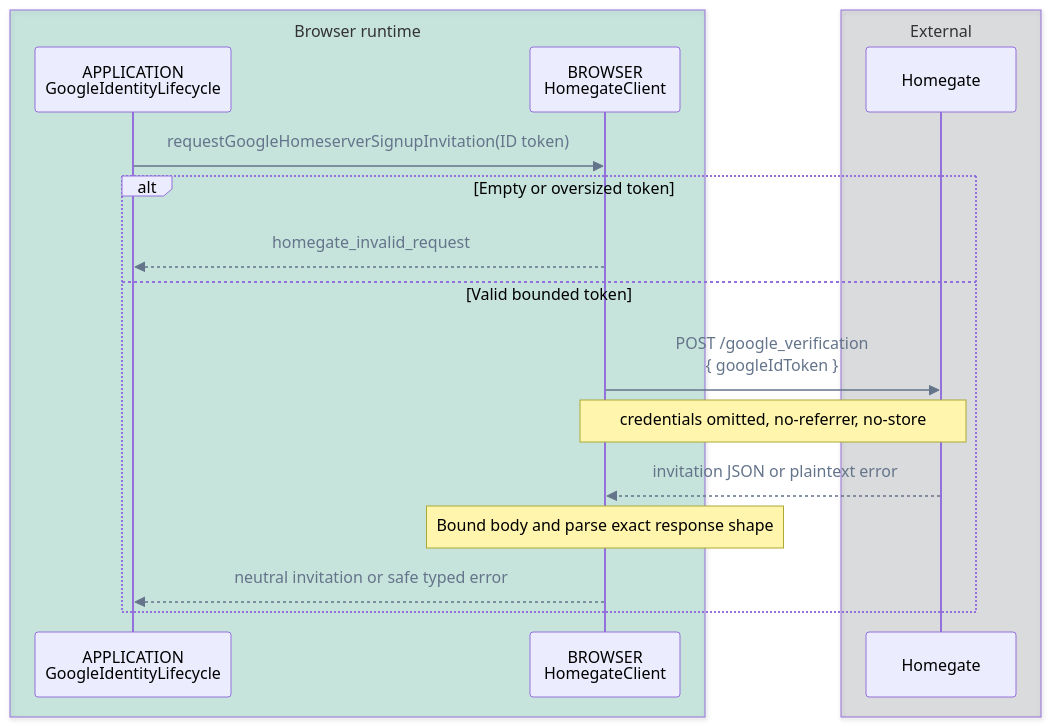
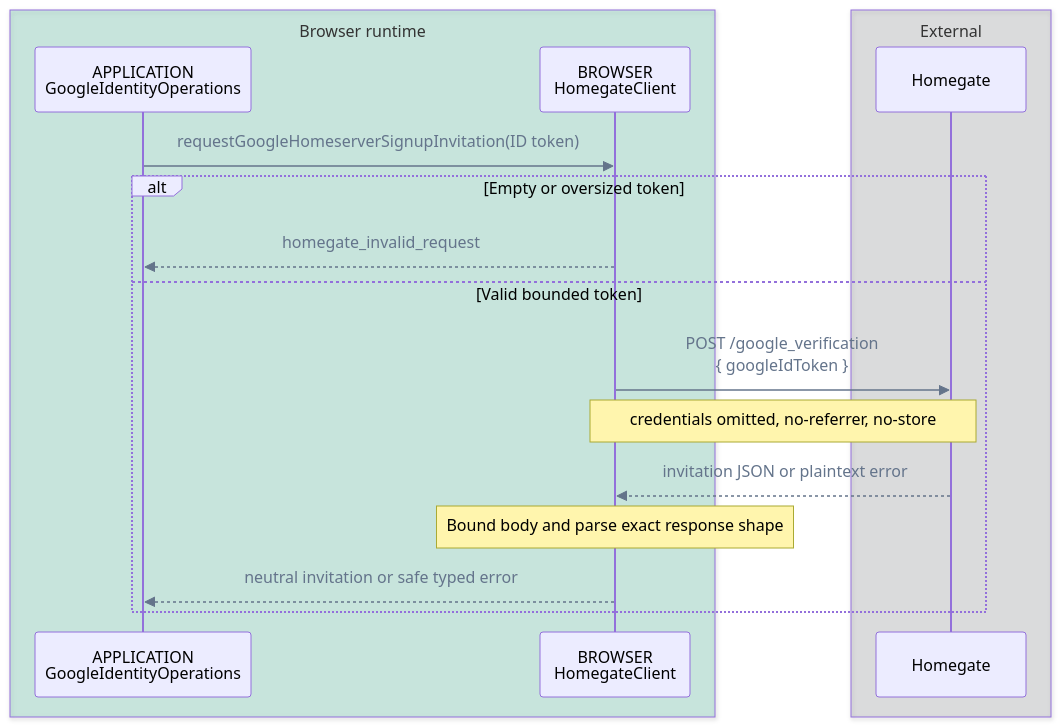
One commit to pubky/pubky-passport changed diagram 14 of 14 in FLOWS.md. Above: the diagram before and after it, drawn with Mermaid. The commit also changed other lines of this file and 22 other files, not shown here.

Commit message:
refactor: use repo naming conventions in google-identity

````diff
--- a/FLOWS.md
+++ b/FLOWS.md
@@ -716,24 +716,24 @@
 ```mermaid
 %%{init: {"themeVariables": {"signalColor": "#64748B", "signalTextColor": "#64748B"}}}%%
 sequenceDiagram
     accTitle: Direct browser Homegate signup invitation call flow
     accDescr: The browser adapter sends only the Google ID token directly to configured Homegate, then bounds and maps the invitation or plaintext error to a safe application result.
     box rgba(0, 158, 115, 0.18) Browser runtime
-        participant UseCase as APPLICATION<br/>GoogleIdentityLifecycle
+        participant UseCase as APPLICATION<br/>GoogleIdentityOperations
         participant Adapter as BROWSER<br/>HomegateClient
     end
     box rgba(17, 24, 39, 0.12) External
         participant Homegate as Homegate
     end
 
     UseCase->>Adapter: requestGoogleHomeserverSignupInvitation(ID token)
     alt Empty or oversized token
         Adapter-->>UseCase: homegate_invalid_request
     else Valid bounded token
         Adapter->>Homegate: POST /google_verification<br/>{ googleIdToken }
         Note over Adapter,Homegate: credentials omitted, no-referrer, no-store
         Homegate-->>Adapter: invitation JSON or plaintext error
         Note over Adapter: Bound body and parse exact response shape
         Adapter-->>UseCase: neutral invitation or safe typed error
     end
 ```
````
